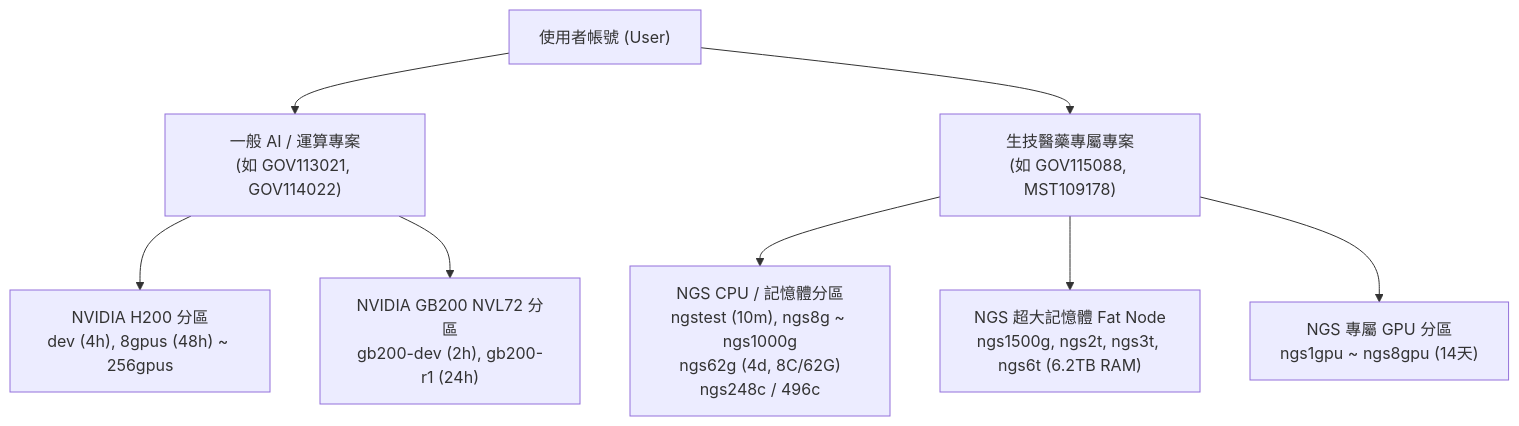
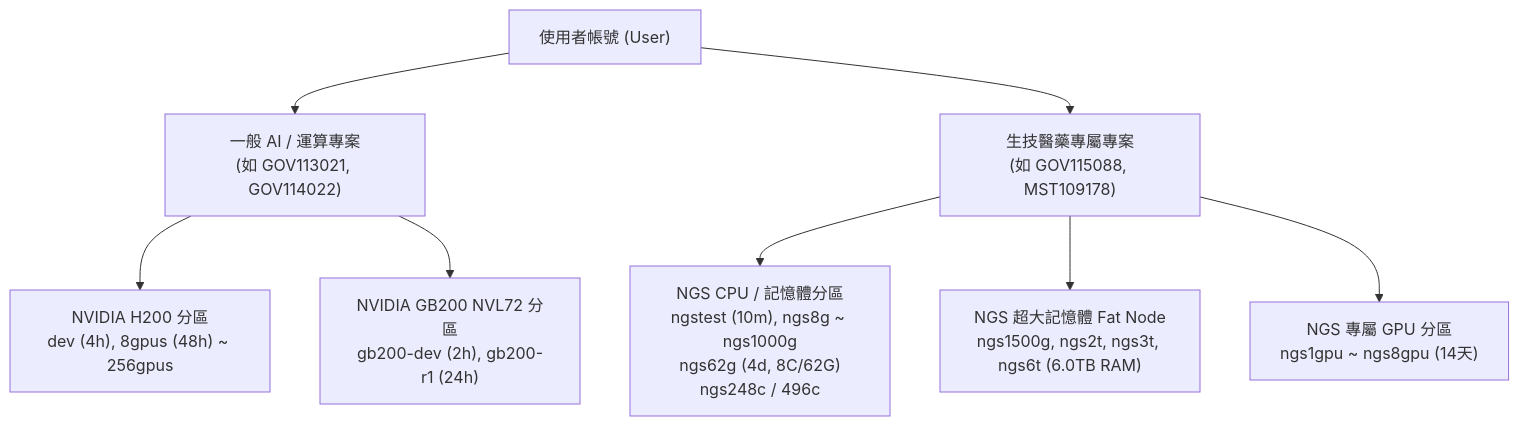
Before and after one commit to gemini960114/Nano4-Docs: the first of 2 diagrams in 03-slurm-syntax-and-job-management/README.md, drawn with Mermaid. The commit also changed other lines of this file and 6 other files, not shown here.

````diff
--- a/03-slurm-syntax-and-job-management/README.md
+++ b/03-slurm-syntax-and-job-management/README.md
@@ -76,12 +76,12 @@
 ```mermaid
 flowchart TD
     User["使用者帳號 (User)"] --> P_General["一般 AI / 運算專案<br/>(如 GOV113021, GOV114022)"]
     User --> P_Bio["生技醫藥專屬專案<br/>(如 GOV115088, MST109178)"]
 
     P_General --> H200["NVIDIA H200 分區<br/>dev (4h), 8gpus (48h) ~ 256gpus"]
     P_General --> GB200["NVIDIA GB200 NVL72 分區<br/>gb200-dev (2h), gb200-r1 (24h)"]
 
     P_Bio --> NGS_CPU["NGS CPU / 記憶體分區<br/>ngstest (10m), ngs8g ~ ngs1000g<br/>ngs62g (4d, 8C/62G)<br/>ngs248c / 496c"]
-    P_Bio --> NGS_Fat["NGS 超大記憶體 Fat Node<br/>ngs1500g, ngs2t, ngs3t, ngs6t (6.2TB RAM)"]
+    P_Bio --> NGS_Fat["NGS 超大記憶體 Fat Node<br/>ngs1500g, ngs2t, ngs3t, ngs6t (6.0TB RAM)"]
     P_Bio --> NGS_GPU["NGS 專屬 GPU 分區<br/>ngs1gpu ~ ngs8gpu (14天)"]
 ```
````
